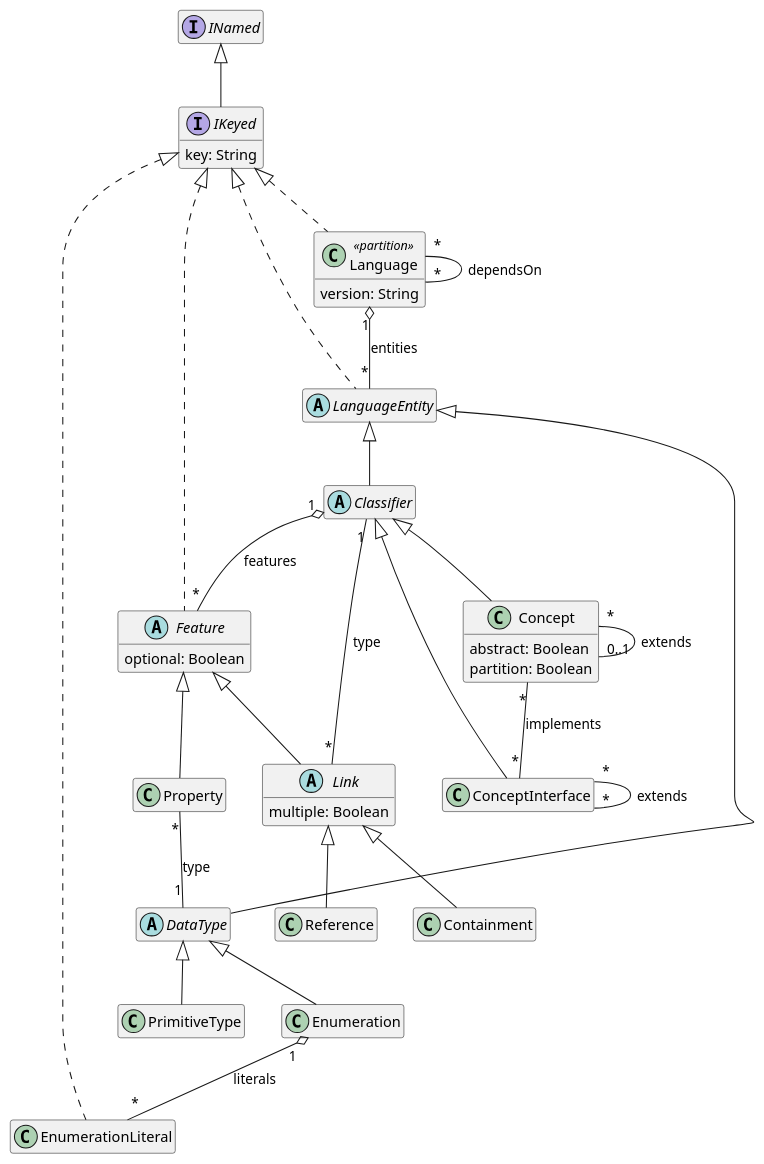
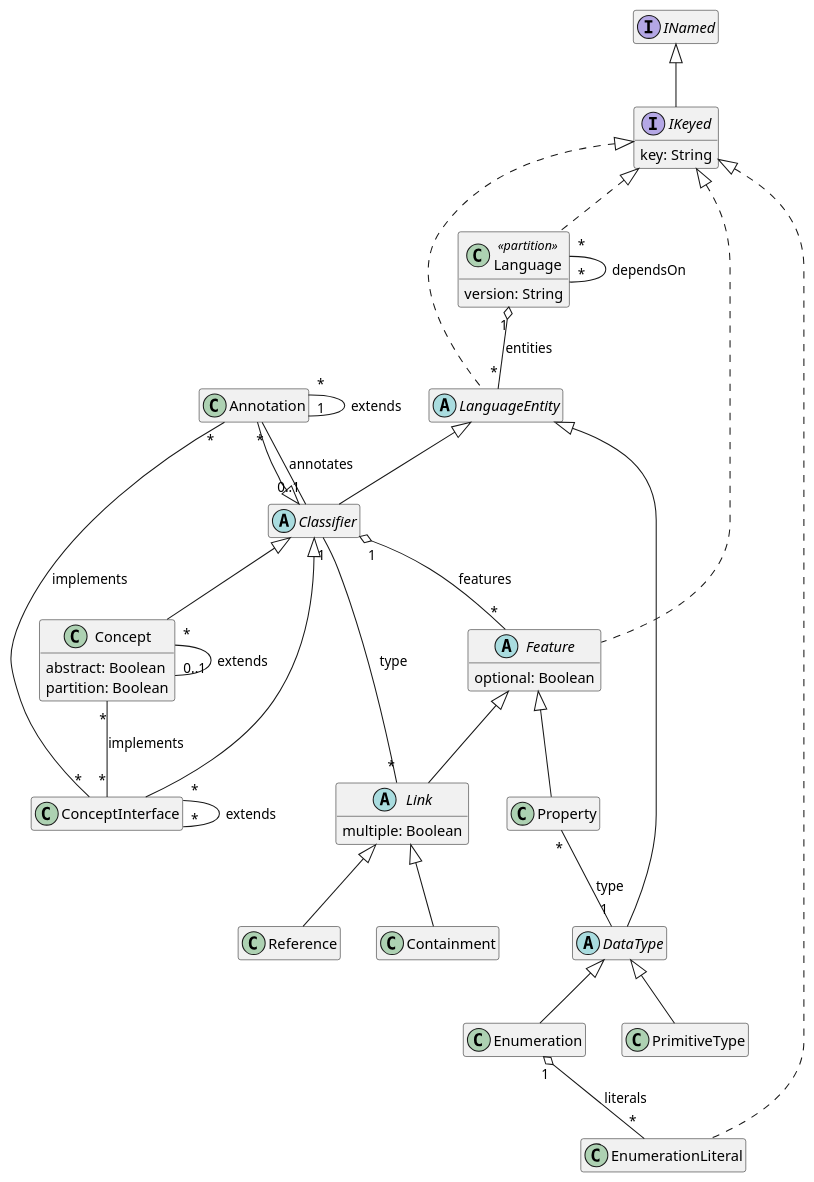
Before and after one commit to LionWeb-io/lionweb-typescript: the diagram in diagrams/metametamodel-gen.puml, drawn with PlantUML. The commit also changed 7 other files, not shown here.

```diff
--- a/diagrams/metametamodel-gen.puml
+++ b/diagrams/metametamodel-gen.puml
@@ -1,70 +1,75 @@
 @startuml
 hide empty members
 
 ' qualified name: "LIonCore.M3"
 
+
+class Annotation extends Classifier
 
 abstract class Classifier extends LanguageEntity
 
 class Concept extends Classifier {
   abstract: Boolean
   partition: Boolean
 }
 
 class ConceptInterface extends Classifier
 
 class Containment extends Link
 
 abstract class DataType extends LanguageEntity
 
 class Enumeration extends DataType
 
 class EnumerationLiteral implements IKeyed
 
 abstract class Feature implements IKeyed {
   optional: Boolean
 }
 
 interface IKeyed extends INamed {
   key: String
 }
 
 class Language <<partition>> implements IKeyed {
   version: String
 }
 
 abstract class LanguageEntity implements IKeyed
 
 abstract class Link extends Feature {
   multiple: Boolean
 }
 
 class PrimitiveType extends DataType
 
 class Property extends Feature
 
 class Reference extends Link
 
 
 
 ' relations:
 
+Annotation "*" -- "0..1" Classifier: annotates
+Annotation "*" -- "1" Annotation: extends
+Annotation "*" -- "*" ConceptInterface: implements
 Classifier "1" o-- "*" Feature: features
 Concept "*" -- "0..1" Concept: extends
 Concept "*" -- "*" ConceptInterface: implements
 ConceptInterface "*" -- "*" ConceptInterface: extends
 
 
 Enumeration "1" o-- "*" EnumerationLiteral: literals
 
 
 
 Language "1" o-- "*" LanguageEntity: entities
 Language "*" -- "*" Language: dependsOn
 
 Link "*" -- "1" Classifier: type
 
 Property "*" -- "1" DataType: type
 
 
 @enduml
```
